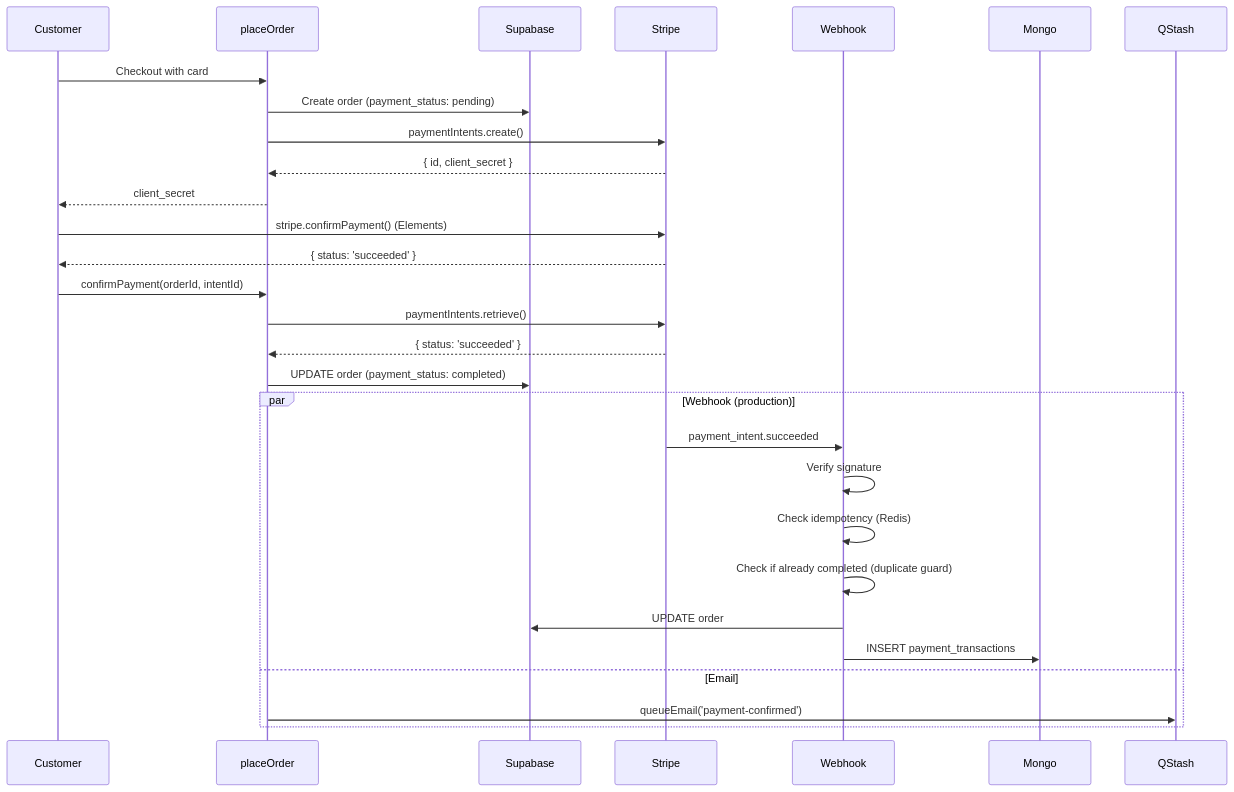
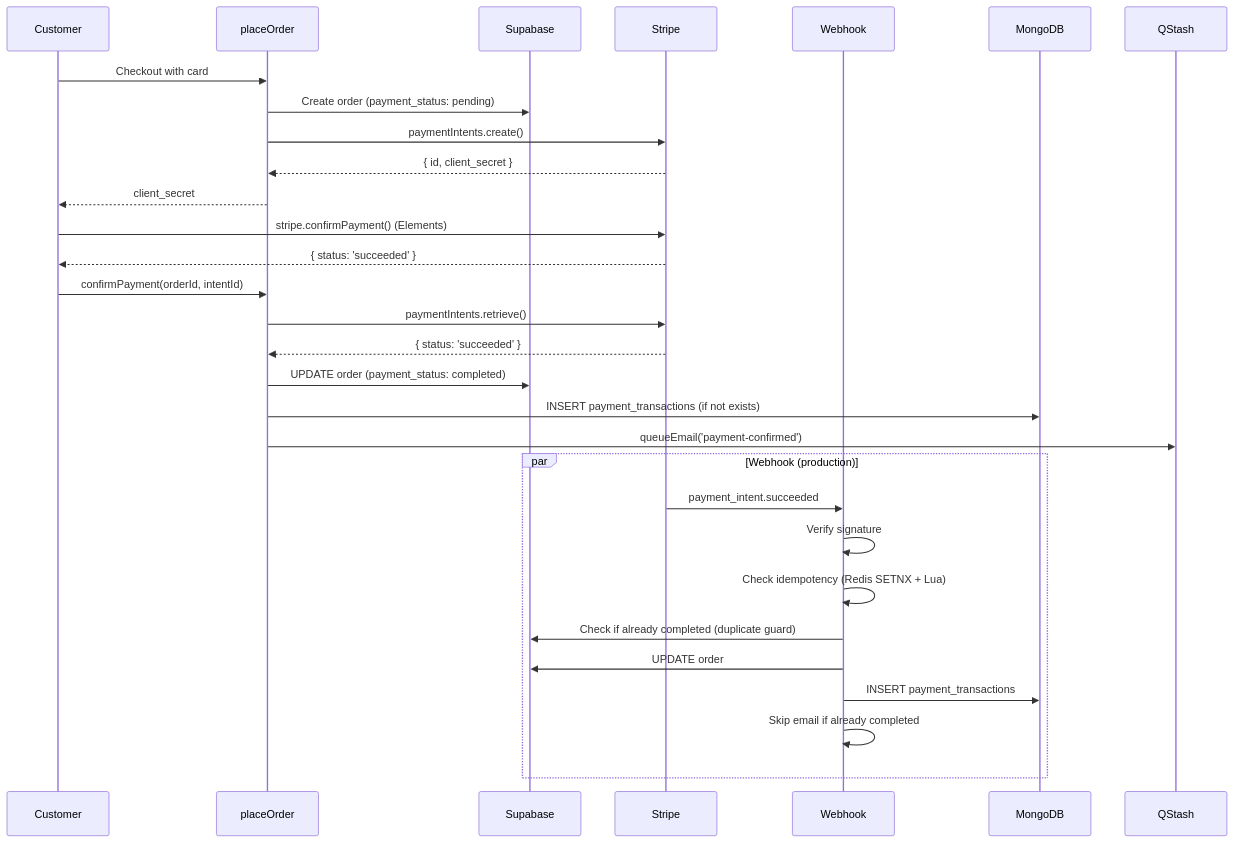
The fourth of 13 diagrams in README.md (zainshah3464/vestior-store), drawn with Mermaid before and after one commit. The commit also changed other lines of this file and 50 other files, not shown here.

````diff
--- a/README.md
+++ b/README.md
@@ -713,30 +957,32 @@
 ```mermaid
 sequenceDiagram
     participant U as Customer
     participant SA as placeOrder
     participant DB as Supabase
     participant SP as Stripe
     participant WH as Webhook
+    participant M as MongoDB
 
     U->>SA: Checkout with card
     SA->>DB: Create order (payment_status: pending)
     SA->>SP: paymentIntents.create()
     SP-->>SA: { id, client_secret }
     SA-->>U: client_secret
     U->>SP: stripe.confirmPayment() (Elements)
     SP-->>U: { status: 'succeeded' }
     U->>SA: confirmPayment(orderId, intentId)
     SA->>SP: paymentIntents.retrieve()
     SP-->>SA: { status: 'succeeded' }
     SA->>DB: UPDATE order (payment_status: completed)
+    SA->>M: INSERT payment_transactions (if not exists)
+    SA->>QStash: queueEmail('payment-confirmed')
     par Webhook (production)
         SP->>WH: payment_intent.succeeded
         WH->>WH: Verify signature
-        WH->>WH: Check idempotency (Redis)
-        WH->>WH: Check if already completed (duplicate guard)
+        WH->>WH: Check idempotency (Redis SETNX + Lua)
+        WH->>DB: Check if already completed (duplicate guard)
         WH->>DB: UPDATE order
-        WH->>Mongo: INSERT payment_transactions
-    and Email
-        SA->>QStash: queueEmail('payment-confirmed')
+        WH->>M: INSERT payment_transactions
+        WH->>WH: Skip email if already completed
     end
 ```
````
